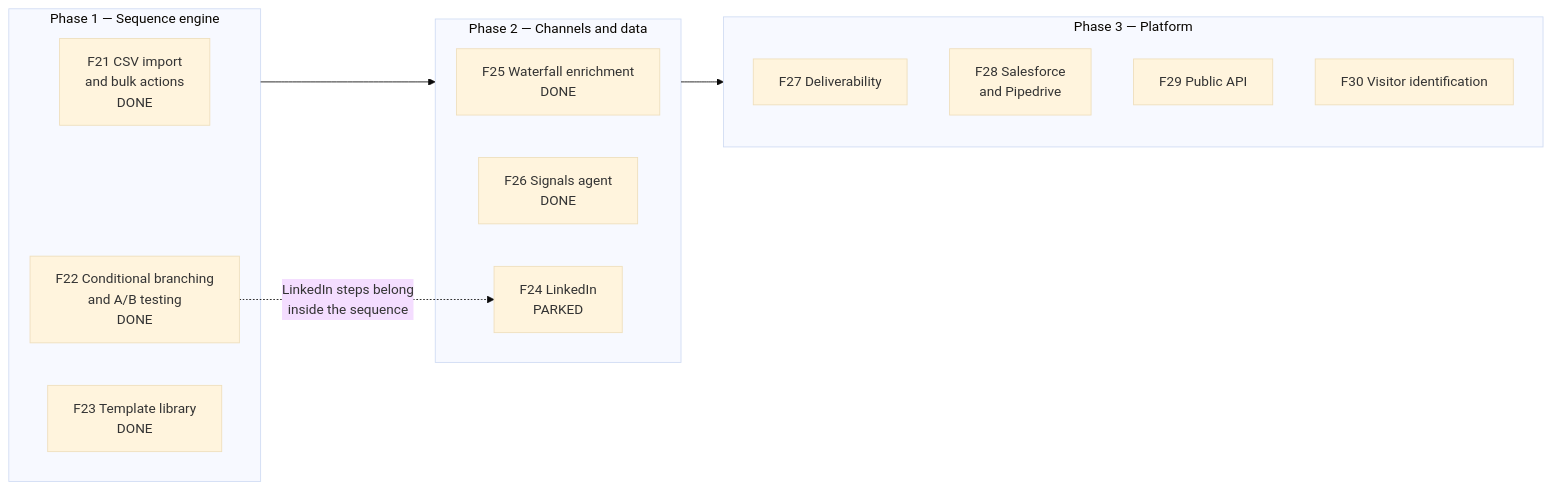
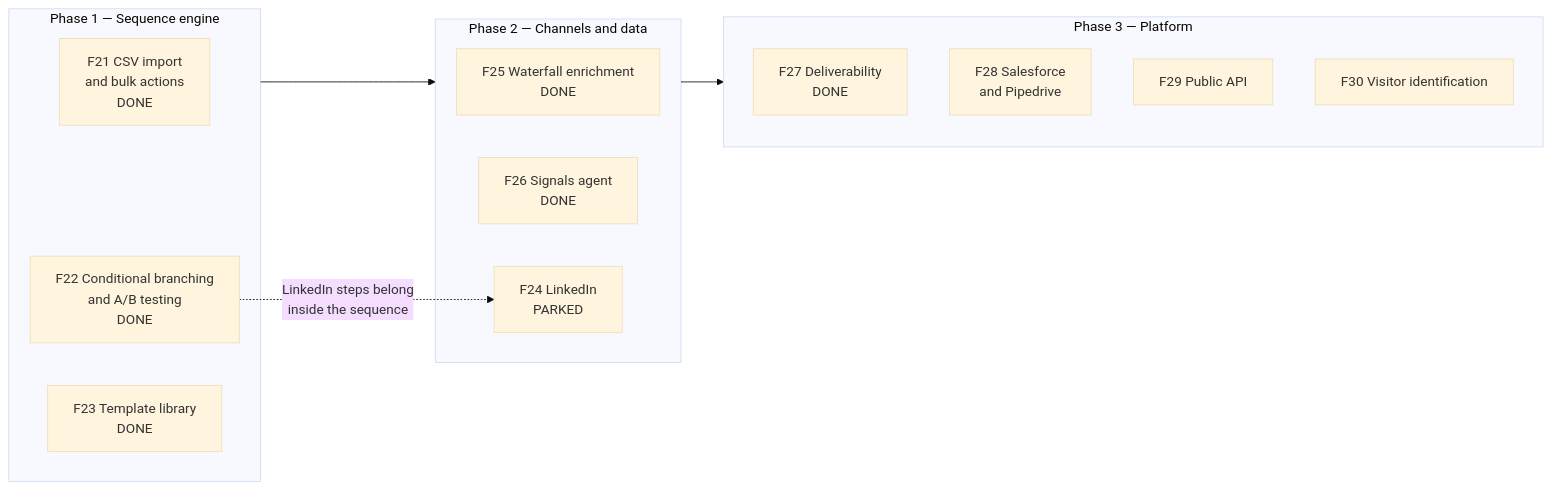
Before and after one commit to MHassan-AiExpert/AI-SDR-Autonomous-Sales-Platform: the diagram in docs/ROADMAP.md, drawn with Mermaid (base theme). The commit also changed other lines of this file and 21 other files, not shown here.

````diff
--- a/docs/ROADMAP.md
+++ b/docs/ROADMAP.md
@@ -13,21 +13,21 @@
 ```mermaid
 flowchart LR
   subgraph P1[Phase 1 — Sequence engine]
     F21[F21 CSV import<br/>and bulk actions<br/>DONE]
     F22[F22 Conditional branching<br/>and A/B testing<br/>DONE]
     F23[F23 Template library<br/>DONE]
   end
   subgraph P2[Phase 2 — Channels and data]
     F25[F25 Waterfall enrichment<br/>DONE]
     F26[F26 Signals agent<br/>DONE]
     F24[F24 LinkedIn<br/>PARKED]
   end
   subgraph P3[Phase 3 — Platform]
-    F27[F27 Deliverability]
+    F27[F27 Deliverability<br/>DONE]
     F28[F28 Salesforce<br/>and Pipedrive]
     F29[F29 Public API]
     F30[F30 Visitor identification]
   end
   P1 --> P2 --> P3
   F22 -.->|LinkedIn steps belong<br/>inside the sequence| F24
 ```
````
